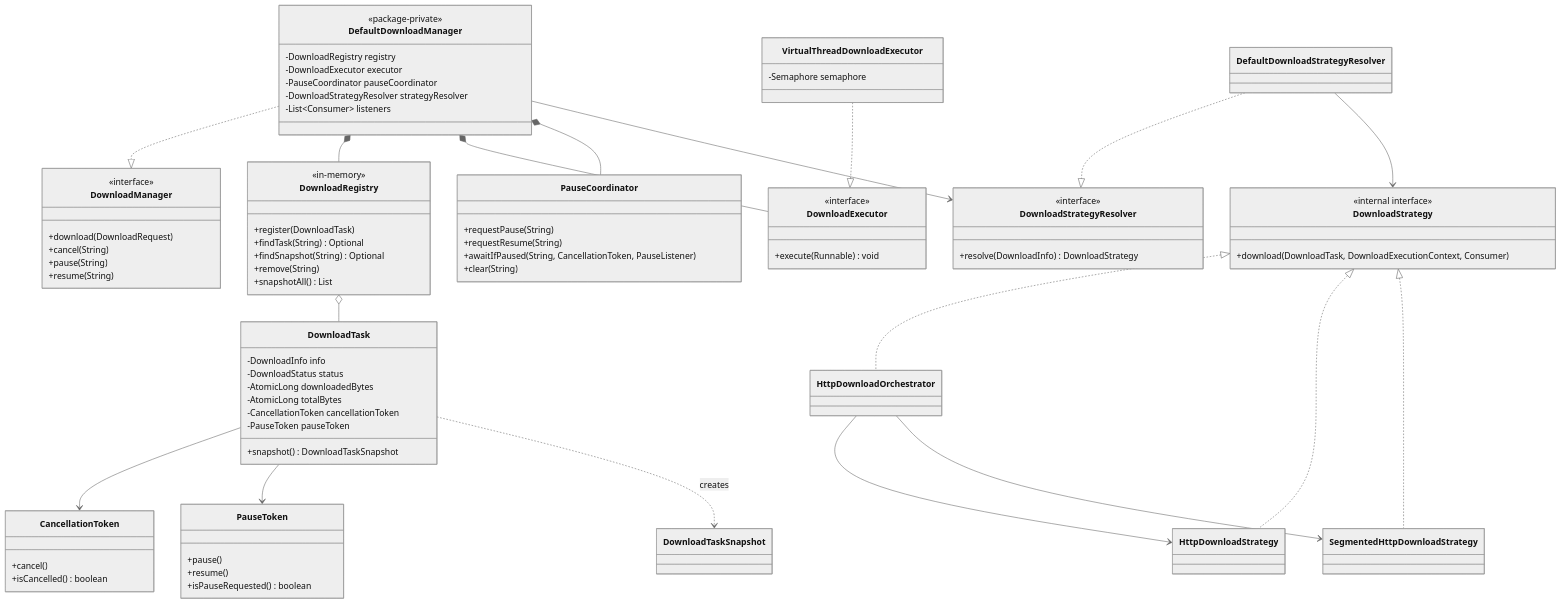
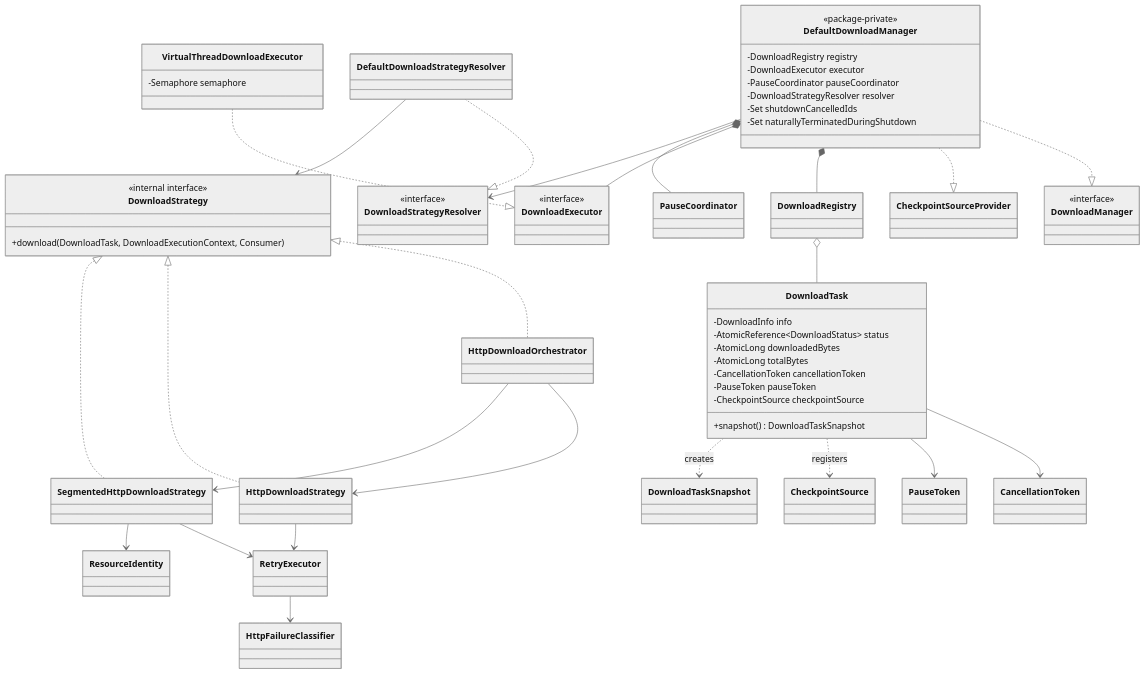
One commit to jsanca/Katabasis changed the third of 3 diagrams in docs/knowledge/architecture/class-model.md. Above: the diagram before and after it, drawn with Mermaid (neutral theme). The commit also changed other lines of this file and 13 other files, not shown here.

Commit message:
K-KNOWLEDGE-CURATE-001: refresh architecture knowledge at f999777

````diff
--- a/docs/knowledge/architecture/class-model.md
+++ b/docs/knowledge/architecture/class-model.md
@@ -182,84 +210,53 @@
 
     class DownloadManager {
         <<interface>>
-        +download(DownloadRequest)
-        +cancel(String)
-        +pause(String)
-        +resume(String)
     }
-
     class DefaultDownloadManager {
         <<package-private>>
         -DownloadRegistry registry
         -DownloadExecutor executor
         -PauseCoordinator pauseCoordinator
-        -DownloadStrategyResolver strategyResolver
-        -List~Consumer~ listeners
+        -DownloadStrategyResolver resolver
+        -Set shutdownCancelledIds
+        -Set naturallyTerminatedDuringShutdown
     }
-
-    class DownloadRegistry {
-        <<in-memory>>
-        +register(DownloadTask)
-        +findTask(String) Optional
-        +findSnapshot(String) Optional
-        +remove(String)
-        +snapshotAll() List
-    }
-
+    class DownloadRegistry
     class DownloadExecutor {
         <<interface>>
-        +execute(Runnable) void
     }
-
     class VirtualThreadDownloadExecutor {
         -Semaphore semaphore
     }
-
     class DownloadStrategyResolver {
         <<interface>>
-        +resolve(DownloadInfo) DownloadStrategy
     }
-
     class DefaultDownloadStrategyResolver
-
     class DownloadStrategy {
         <<internal interface>>
         +download(DownloadTask, DownloadExecutionContext, Consumer)
     }
-
     class HttpDownloadOrchestrator
     class HttpDownloadStrategy
     class SegmentedHttpDownloadStrategy
-
+    class RetryExecutor
+    class HttpFailureClassifier
+    class ResourceIdentity
     class DownloadTask {
         -DownloadInfo info
-        -DownloadStatus status
+        -AtomicReference~DownloadStatus~ status
         -AtomicLong downloadedBytes
         -AtomicLong totalBytes
         -CancellationToken cancellationToken
         -PauseToken pauseToken
+        -CheckpointSource checkpointSource
         +snapshot() DownloadTaskSnapshot
     }
-
-    class PauseCoordinator {
-        +requestPause(String)
-        +requestResume(String)
-        +awaitIfPaused(String, CancellationToken, PauseListener)
-        +clear(String)
-    }
-
-    class CancellationToken {
-        +cancel()
-        +isCancelled() boolean
-    }
-
-    class PauseToken {
-        +pause()
-        +resume()
-        +isPauseRequested() boolean
-    }
+    class PauseCoordinator
+    class CancellationToken
+    class PauseToken
 
     DefaultDownloadManager ..|> DownloadManager
+    DefaultDownloadManager ..|> CheckpointSourceProvider
     DefaultDownloadManager *-- DownloadRegistry
     DefaultDownloadManager *-- DownloadExecutor
     DefaultDownloadManager *-- PauseCoordinator
@@ -272,8 +269,13 @@
     DownloadStrategy <|.. SegmentedHttpDownloadStrategy
     HttpDownloadOrchestrator --> HttpDownloadStrategy
     HttpDownloadOrchestrator --> SegmentedHttpDownloadStrategy
+    HttpDownloadStrategy --> RetryExecutor
+    SegmentedHttpDownloadStrategy --> RetryExecutor
+    RetryExecutor --> HttpFailureClassifier
+    SegmentedHttpDownloadStrategy --> ResourceIdentity
     DownloadRegistry o-- DownloadTask
     DownloadTask --> CancellationToken
     DownloadTask --> PauseToken
+    DownloadTask ..> CheckpointSource : registers
     DownloadTask ..> DownloadTaskSnapshot : creates
 ```
````
